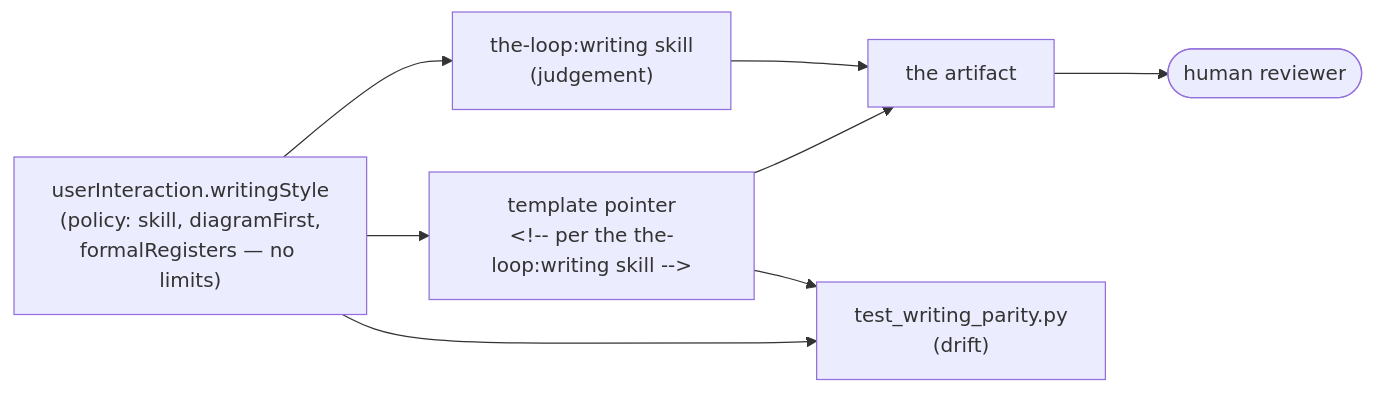
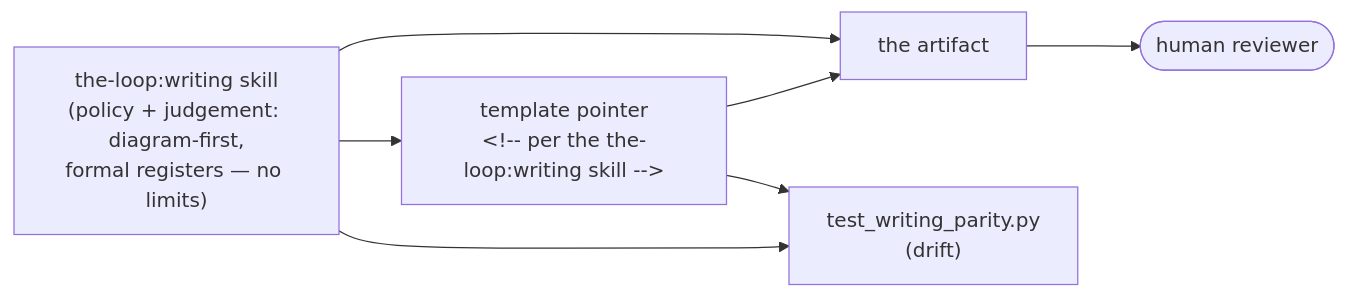
The diagram in docs/capabilities/writing-style.md (MadaraUchiha-314/the-loop), drawn with Mermaid before and after one commit. The commit also changed other lines of this file and 174 other files, not shown here.

````diff
--- a/docs/capabilities/writing-style.md
+++ b/docs/capabilities/writing-style.md
@@ -23,10 +26,9 @@
 ```mermaid
 flowchart LR
-  C["userInteraction.writingStyle<br/>(policy: skill, diagramFirst,<br/>formalRegisters — no limits)"] --> S["the-loop:writing skill<br/>(judgement)"]
-  C --> T["template pointer<br/>&lt;!-- per the the-loop:writing skill --&gt;"]
-  S --> A["the artifact"]
+  S["the-loop:writing skill<br/>(policy + judgement: diagram-first,<br/>formal registers — no limits)"] --> A["the artifact"]
+  S --> T["template pointer<br/>&lt;!-- per the the-loop:writing skill --&gt;"]
   T --> A
-  C --> P["test_writing_parity.py<br/>(drift)"]
+  S --> P["test_writing_parity.py<br/>(drift)"]
   T --> P
   A --> R([human reviewer])
 ```
````
